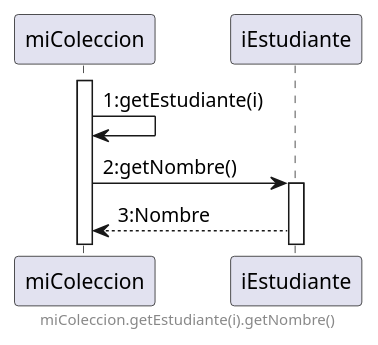
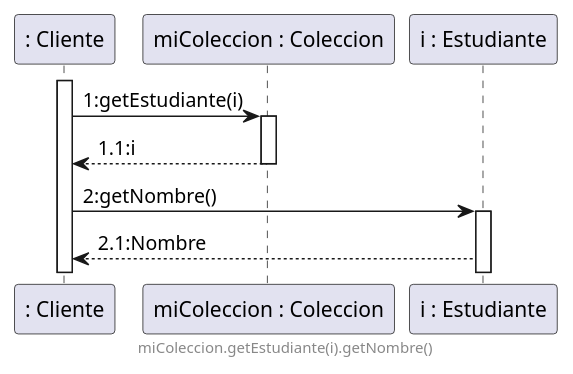
Before and after one commit to SoMarcanoDev/IS-022023: the diagram in docs/diagrams/prac-03/A-2-getNombreEstudiante.plantuml, drawn with PlantUML. The commit also changed 12 other files, not shown here.

```diff
--- a/docs/diagrams/prac-03/A-2-getNombreEstudiante.plantuml
+++ b/docs/diagrams/prac-03/A-2-getNombreEstudiante.plantuml
@@ -1,14 +1,21 @@
-participant miColeccion
-participant iEstudiante
+@startuml getNombreEstudiante
+
+participant ": Cliente" as cliente
+participant "miColeccion : Coleccion" as miColeccion
+participant "i : Estudiante" as Estudiante
+
+activate cliente
+cliente -> miColeccion: 1:getEstudiante(i)
 
 activate miColeccion
-miColeccion -> miColeccion: 1:getEstudiante(i)
+miColeccion --> cliente: 1.1:i
+deactivate miColeccion
 
-miColeccion -> iEstudiante: 2:getNombre()
-activate iEstudiante
+cliente -> Estudiante: 2:getNombre()
+activate Estudiante
 
-iEstudiante --> miColeccion: 3:Nombre
-
-
+Estudiante --> cliente: 2.1:Nombre
 
 footer miColeccion.getEstudiante(i).getNombre()
+
+@enduml
```
